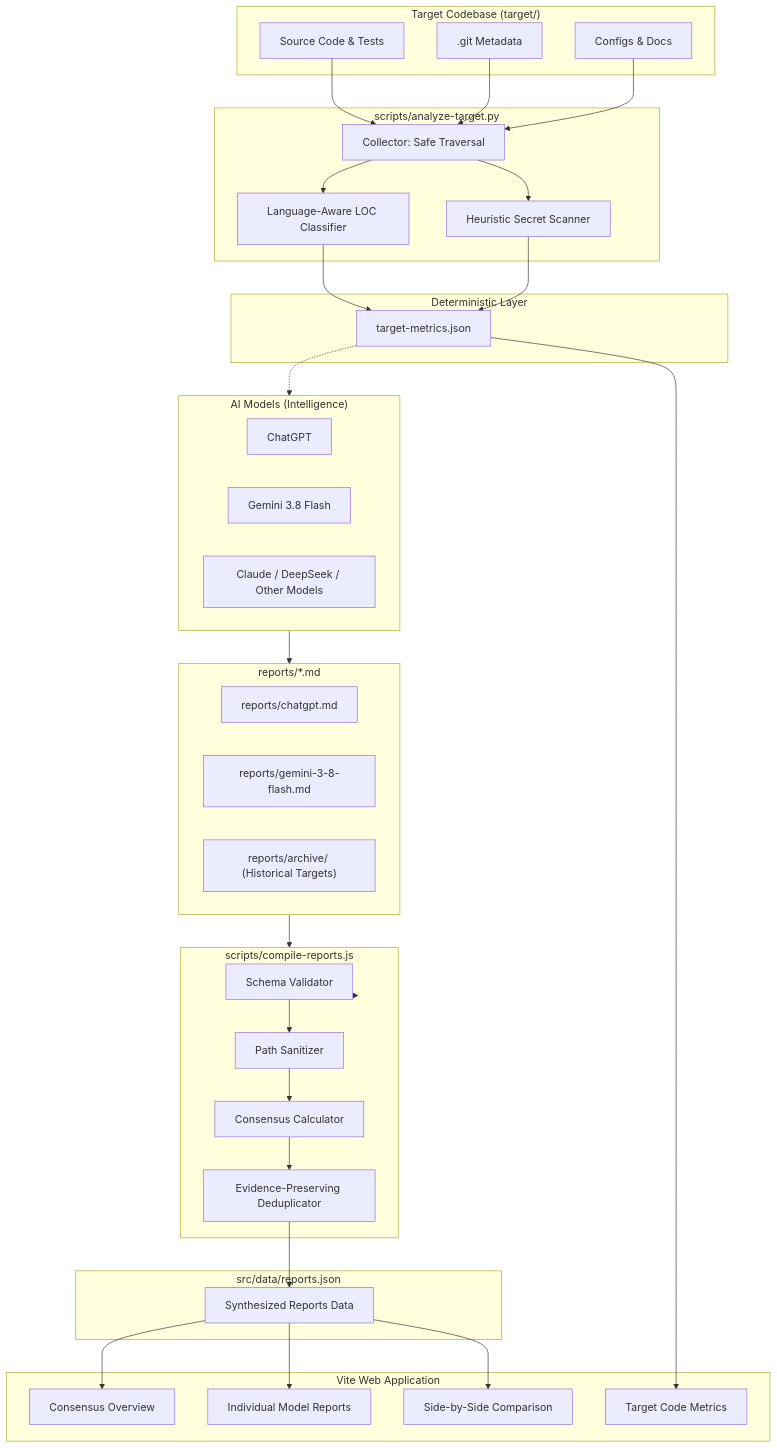
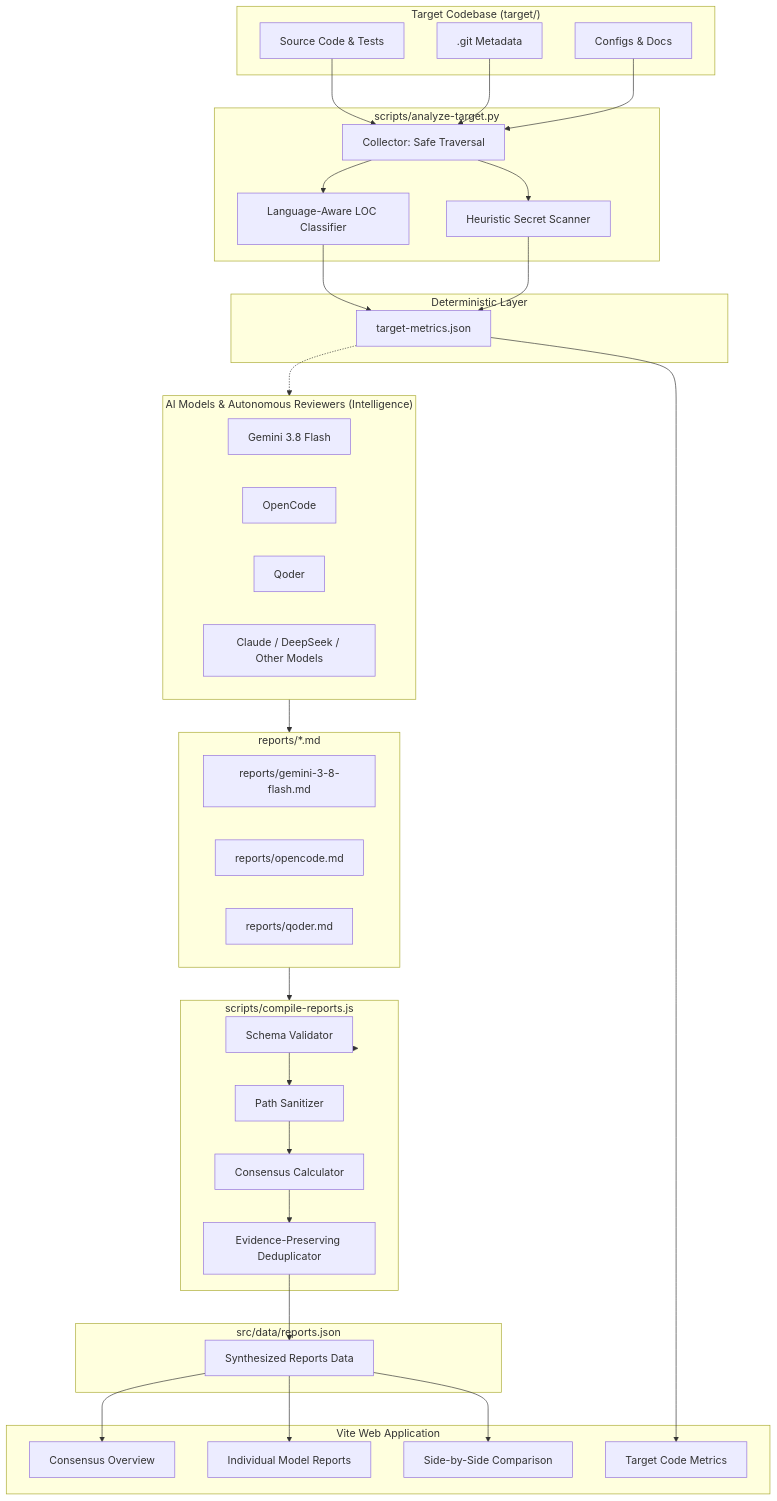
The diagram in docs/ARCHITECTURE.md (kreier/review1), drawn with Mermaid before and after one commit. The commit also changed 15 other files, not shown here.

First line of the commit message:
feat(agents): enforce target review boundary and add OpenCode & Qoder support

````diff
--- a/docs/ARCHITECTURE.md
+++ b/docs/ARCHITECTURE.md
@@ -93,70 +93,71 @@
 ```mermaid
 flowchart TD
     subgraph Target["Target Codebase (target/)"]
         SRC["Source Code & Tests"]
         GIT[".git Metadata"]
         CONF["Configs & Docs"]
     end
 
     subgraph CollectorAnalyzer["scripts/analyze-target.py"]
         COL["Collector: Safe Traversal"]
         LANG["Language-Aware LOC Classifier"]
         SEC["Heuristic Secret Scanner"]
     end
 
     subgraph DeterministicOutput["Deterministic Layer"]
         METRICS["target-metrics.json"]
     end
 
-    subgraph Models["AI Models (Intelligence)"]
-        CHATGPT["ChatGPT"]
+    subgraph Models["AI Models & Autonomous Reviewers (Intelligence)"]
         GEMINI["Gemini 3.8 Flash"]
+        OPENCODE["OpenCode"]
+        QODER["Qoder"]
         OTHER["Claude / DeepSeek / Other Models"]
     end
 
     subgraph RawReports["reports/*.md"]
-        REP1["reports/chatgpt.md"]
-        REP2["reports/gemini-3-8-flash.md"]
-        REP3["reports/archive/ (Historical Targets)"]
+        REP1["reports/gemini-3-8-flash.md"]
+        REP2["reports/opencode.md"]
+        REP3["reports/qoder.md"]
     end
 
     subgraph Compiler["scripts/compile-reports.js"]
         VAL["Schema Validator"]
         SAN["Path Sanitizer"]
         CONS["Consensus Calculator"]
         DEDUP["Evidence-Preserving Deduplicator"]
     end
 
     subgraph Compiled["src/data/reports.json"]
         REPORT_DATA["Synthesized Reports Data"]
     end
 
     subgraph Dashboard["Vite Web Application"]
         UI_OVERVIEW["Consensus Overview"]
         UI_REPORTS["Individual Model Reports"]
         UI_COMPARE["Side-by-Side Comparison"]
         UI_METRICS["Target Code Metrics"]
     end
 
     SRC --> COL
     GIT --> COL
     CONF --> COL
     COL --> LANG
     COL --> SEC
     LANG --> METRICS
     SEC --> METRICS
 
     METRICS -.-> Models
     Models --> RawReports
     RawReports --> Compiler
     Compiler --> VAL
     VAL --> SAN
     SAN --> CONS
     CONS --> DEDUP
     DEDUP --> REPORT_DATA
 
     REPORT_DATA --> UI_OVERVIEW
     REPORT_DATA --> UI_REPORTS
     REPORT_DATA --> UI_COMPARE
     METRICS --> UI_METRICS
 ```
````
